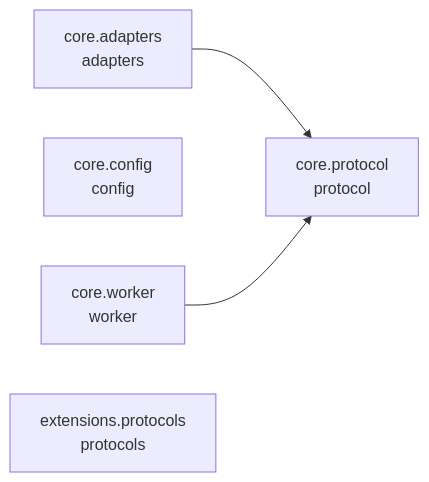
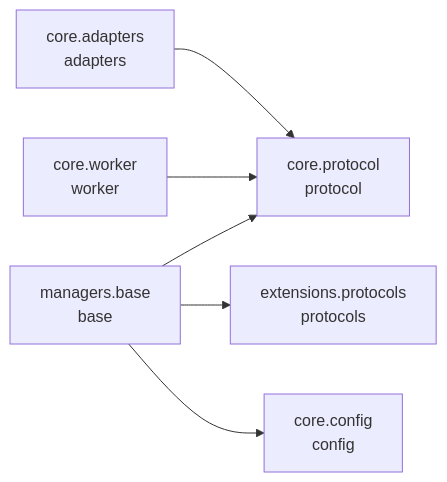
One commit to cj-mills/cjm-fasthtml-workers changed the diagram in README.md. Above: the diagram before and after it, drawn with Mermaid. The commit also changed other lines of this file and 5 other files, not shown here.

Commit message:
Implement managers/base notebook module.

````diff
--- a/README.md
+++ b/README.md
@@ -27,11 +29,15 @@
 ``` mermaid
 graph LR
     core_adapters[core.adapters<br/>adapters]
     core_config[core.config<br/>config]
     core_protocol[core.protocol<br/>protocol]
     core_worker[core.worker<br/>worker]
     extensions_protocols[extensions.protocols<br/>protocols]
+    managers_base[managers.base<br/>base]
 
     core_adapters --> core_protocol
     core_worker --> core_protocol
+    managers_base --> core_protocol
+    managers_base --> extensions_protocols
+    managers_base --> core_config
 ```
````
